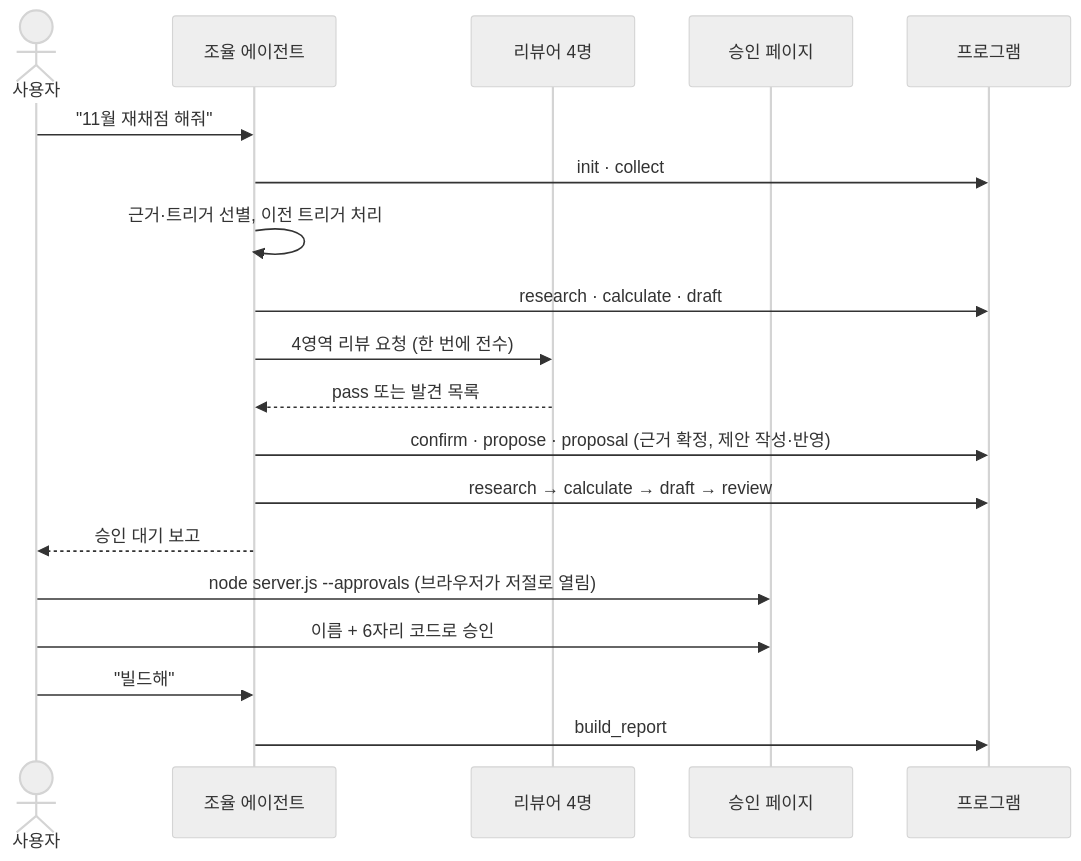
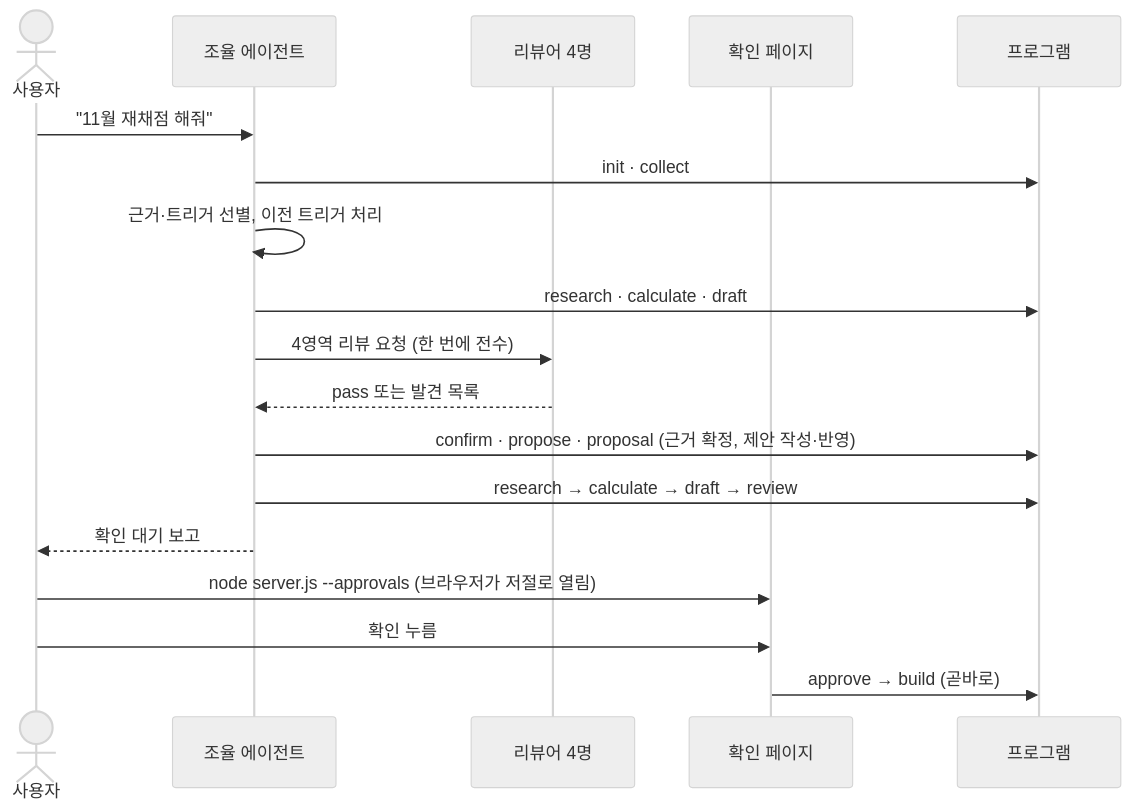
One commit to HANSOLJJ/stock-report-harness changed the second of 6 diagrams in docs/scorecard/guide.md. Above: the diagram before and after it, drawn with Mermaid (neutral theme). The commit also changed other lines of this file and 13 other files, not shown here.

````diff
--- a/docs/scorecard/guide.md
+++ b/docs/scorecard/guide.md
@@ -38,21 +38,20 @@
 ```mermaid
 sequenceDiagram
     actor U as 사용자
     participant A as 조율 에이전트
     participant R as 리뷰어 4명
-    participant P as 승인 페이지
+    participant P as 확인 페이지
     participant C as 프로그램
     U->>A: "11월 재채점 해줘"
     A->>C: init · collect
     A->>A: 근거·트리거 선별, 이전 트리거 처리
     A->>C: research · calculate · draft
     A->>R: 4영역 리뷰 요청 (한 번에 전수)
     R-->>A: pass 또는 발견 목록
     A->>C: confirm · propose · proposal (근거 확정, 제안 작성·반영)
     A->>C: research → calculate → draft → review
-    A-->>U: 승인 대기 보고
+    A-->>U: 확인 대기 보고
     U->>P: node server.js --approvals (브라우저가 저절로 열림)
-    U->>P: 이름 + 6자리 코드로 승인
-    U->>A: "빌드해"
-    A->>C: build_report
+    U->>P: 확인 누름
+    P->>C: approve → build (곧바로)
 ```
````
